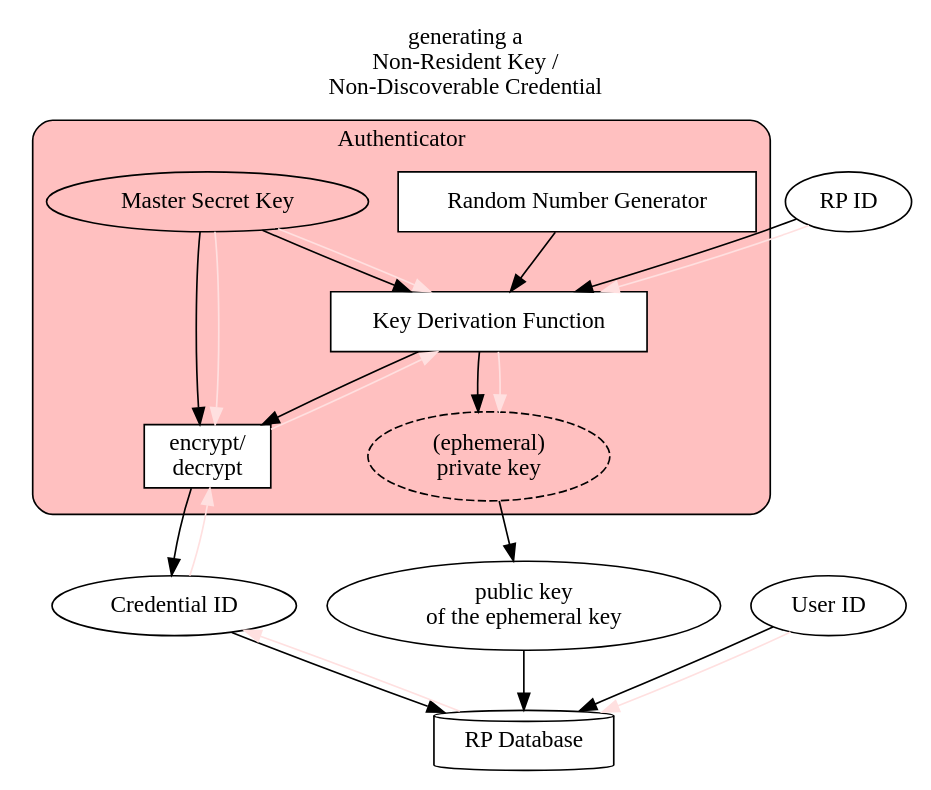
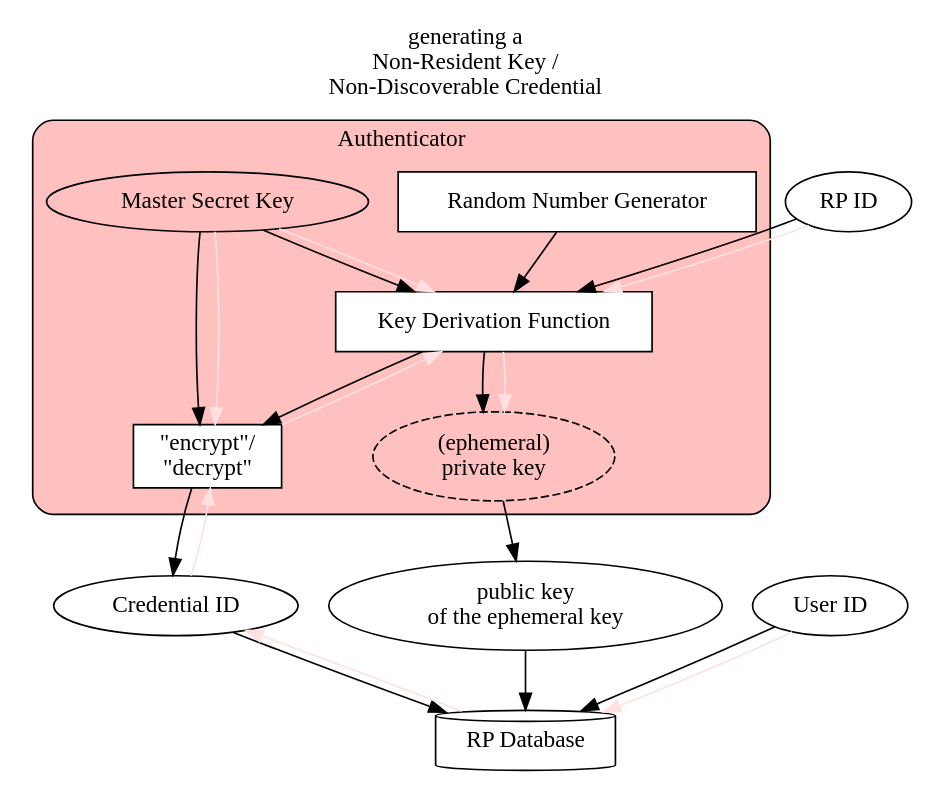
The diagram in a/m/25/wa-nrkey.dot (ckhung/ckhung.github.io), drawn with Graphviz before and after one commit. The commit also changed 2 other files, not shown here.

```diff
--- a/a/m/25/wa-nrkey.dot
+++ b/a/m/25/wa-nrkey.dot
@@ -1,59 +1,59 @@
 digraph NonResidentKey {
     rankdir=TB;
     
     // Global Styles
     node [shape=ellipse];
     
     // Title
     label = "generating a\nNon-Resident Key /\nNon-Discoverable Credential";
     labelloc = "t";
     
     subgraph cluster_authenticator {
         label = "Authenticator";
 	style = "rounded";
 	bgcolor = "#ffc0c0";
         MasterKey [ label="Master Secret Key" ];
 	KDF [
 	    label="Key Derivation Function";
 	    shape=box;
 	    style="filled";
 	    fillcolor="#ffffff"
 	];
 	RNG [
 	    label="Random Number Generator";
 	    shape=box;
 	    style="filled";
 	    fillcolor="#ffffff"
 	];
 	crypt [
-	    label="encrypt/\ndecrypt"
+	    label="\"encrypt\"/\n\"decrypt\""
 	    shape=box;
 	    style="filled";
 	    fillcolor="#ffffff"
 	];
 	PrivKey [
 	    label="(ephemeral)\nprivate key";
             style="dashed";
 	];
     }
     
     RP_ID [ label="RP ID" ];
     Cred_ID [ label="Credential ID" ];
     User_ID [ label="User ID" ];
     PubKey [ label="public key\nof the ephemeral key" ];
     RP_DB [ label="RP Database", shape=cylinder];
 
     // registration
     { MasterKey RNG RP_ID } -> KDF;
     KDF -> PrivKey;
     { KDF MasterKey } -> crypt -> Cred_ID;
     PrivKey -> PubKey;
     { PubKey Cred_ID User_ID } -> RP_DB;
 
     // authentication
     User_ID -> RP_DB [ color="#ffe0e0" ];
     RP_DB -> Cred_ID -> crypt [ color="#ffe0e0" ];
     { RP_ID crypt } -> KDF [ color="#ffe0e0" ];
     MasterKey -> { crypt KDF } [ color="#ffe0e0" ];
     KDF -> PrivKey [ color="#ffe0e0" ];
 }
```
